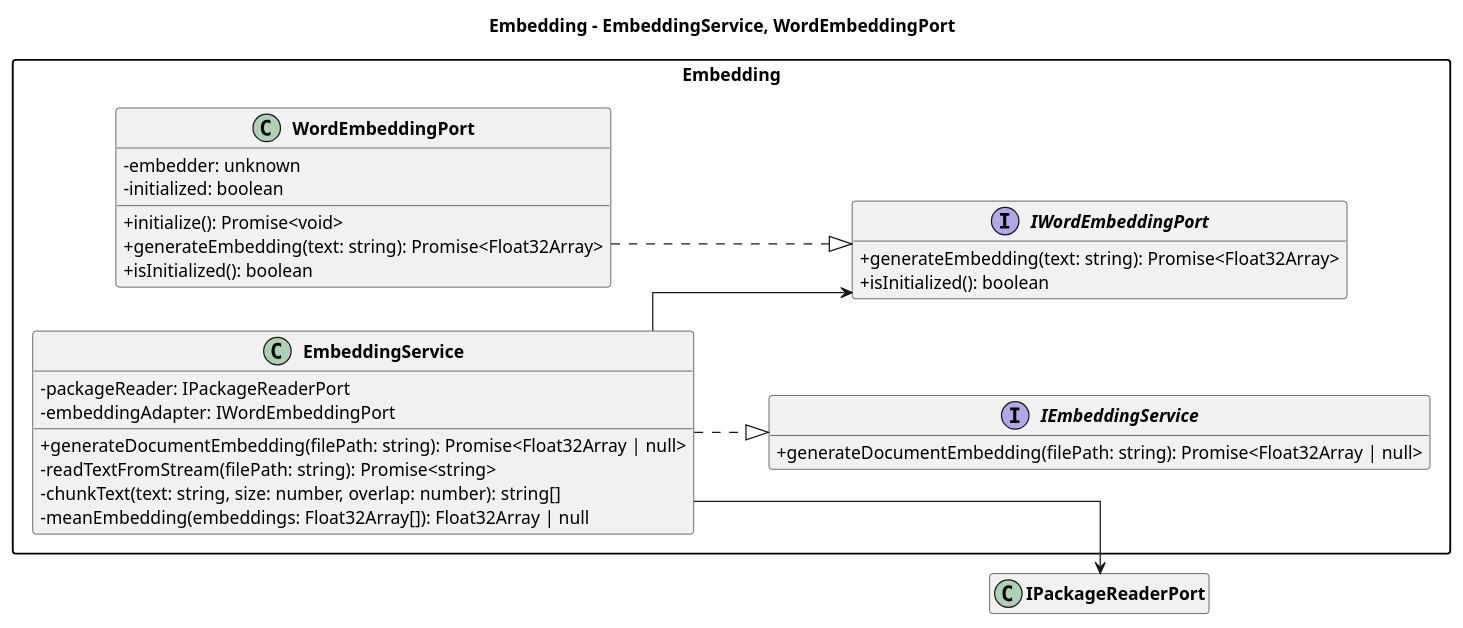
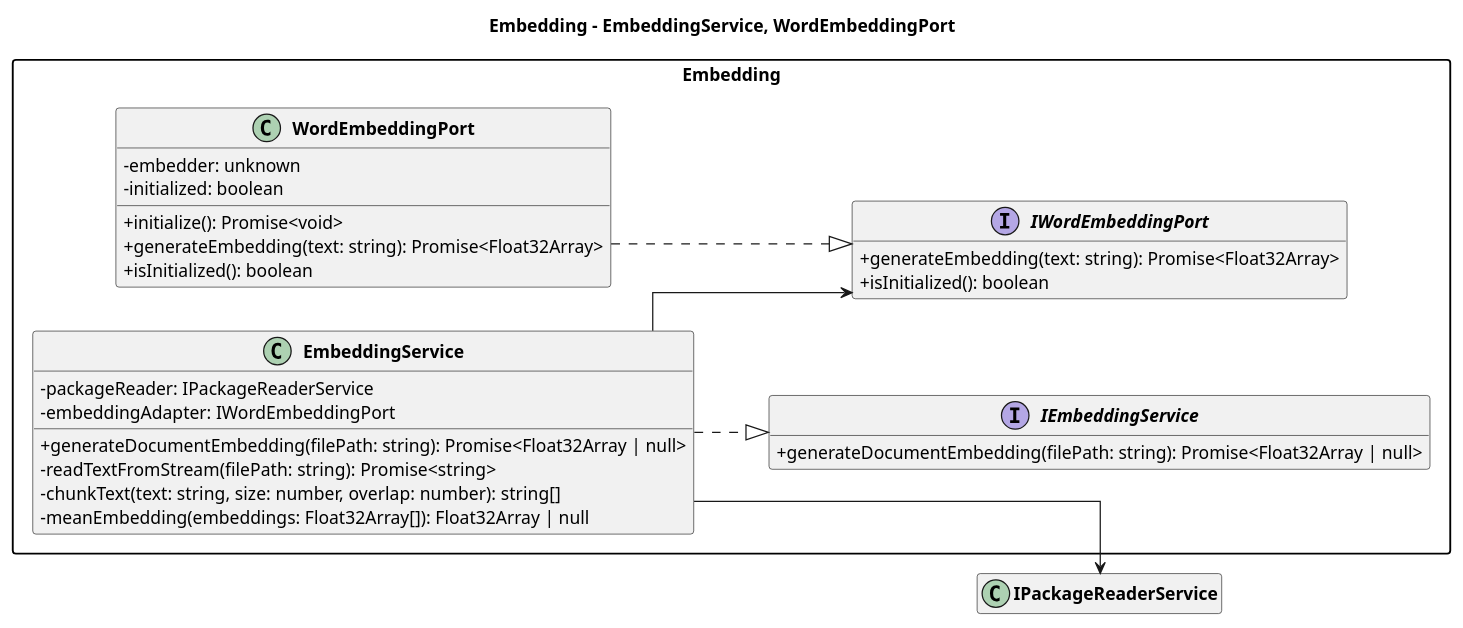
The diagram in 3_PB/DocumentiEsterni/DiagrammiSpecificaTecnica/C4/C4_Main_Indexing_Flow_embedding.puml (7-ZPUs/Docs), drawn with PlantUML before and after one commit. The commit also changed 11 other files, not shown here.

```diff
--- a/3_PB/DocumentiEsterni/DiagrammiSpecificaTecnica/C4/C4_Main_Indexing_Flow_embedding.puml
+++ b/3_PB/DocumentiEsterni/DiagrammiSpecificaTecnica/C4/C4_Main_Indexing_Flow_embedding.puml
@@ -1,45 +1,45 @@
 @startuml Class Diagram - Main Indexing Flow - Embedding
 
 left to right direction
 skinparam classAttributeIconSize 0
 skinparam classFontStyle bold
 skinparam packageStyle rectangle
 skinparam linetype ortho
 hide empty members
 
 title Embedding - EmbeddingService, WordEmbeddingPort
 
 package "Embedding" {
   interface IEmbeddingService {
     + generateDocumentEmbedding(filePath: string): Promise<Float32Array | null>
   }
 
   class EmbeddingService {
-    - packageReader: IPackageReaderPort
+    - packageReader: IPackageReaderService
     - embeddingAdapter: IWordEmbeddingPort
     + generateDocumentEmbedding(filePath: string): Promise<Float32Array | null>
     - readTextFromStream(filePath: string): Promise<string>
     - chunkText(text: string, size: number, overlap: number): string[]
     - meanEmbedding(embeddings: Float32Array[]): Float32Array | null
   }
 
   interface IWordEmbeddingPort {
     + generateEmbedding(text: string): Promise<Float32Array>
     + isInitialized(): boolean
   }
 
   class WordEmbeddingPort {
     - embedder: unknown
     - initialized: boolean
     + initialize(): Promise<void>
     + generateEmbedding(text: string): Promise<Float32Array>
     + isInitialized(): boolean
   }
 }
 
 EmbeddingService ..|> IEmbeddingService
-EmbeddingService --> IPackageReaderPort
+EmbeddingService --> IPackageReaderService
 EmbeddingService --> IWordEmbeddingPort
 WordEmbeddingPort ..|> IWordEmbeddingPort
 
 @enduml
```
